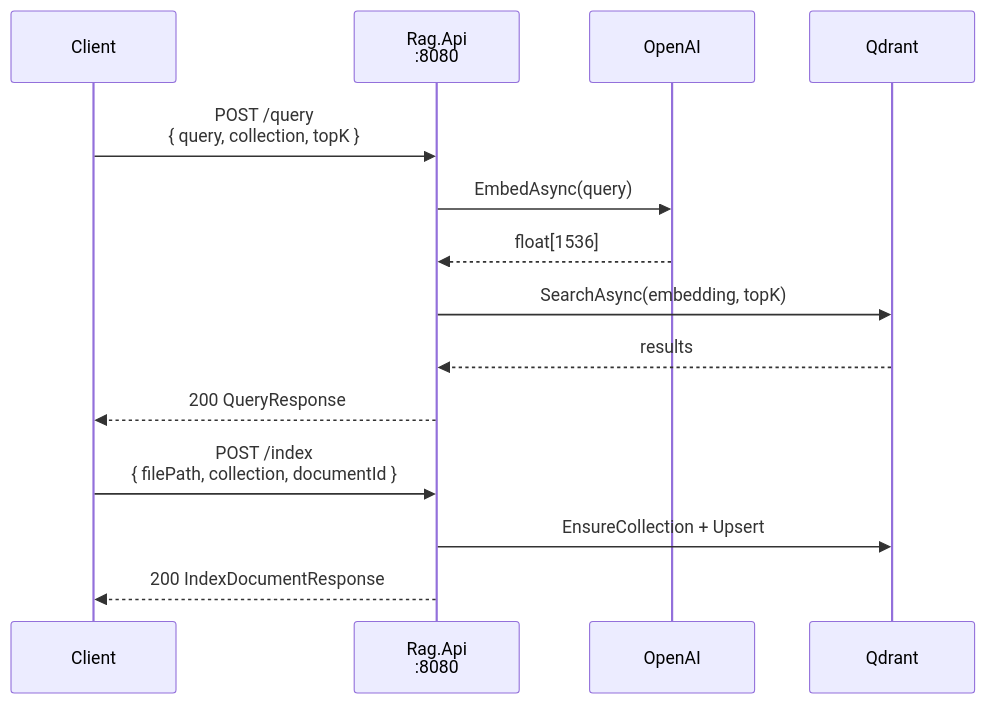
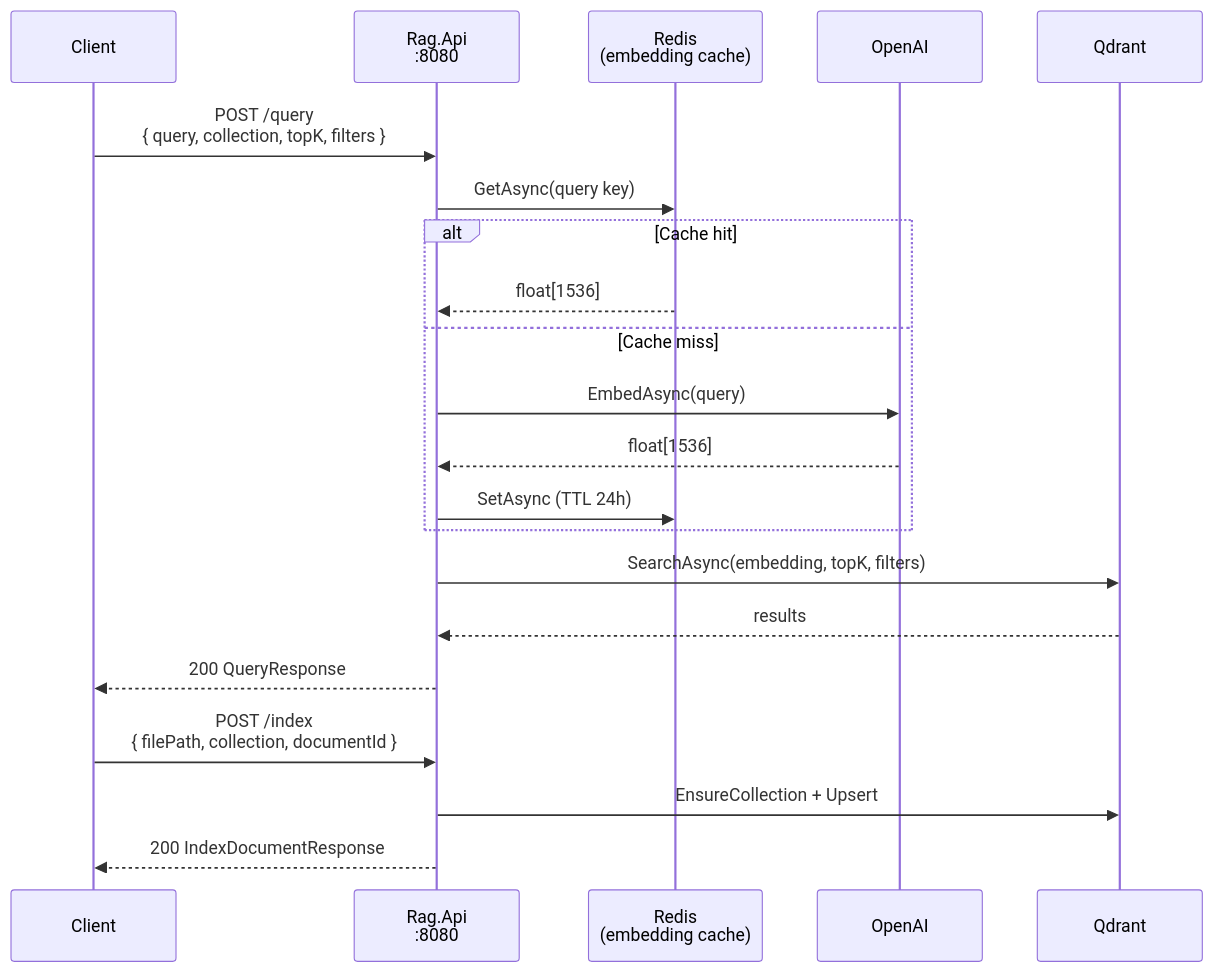
Before and after one commit to mustafagoktugibolar/RagService: the third of 3 diagrams in README.md, drawn with Mermaid. The commit also changed other lines of this file and 14 other files, not shown here.

Commit message:
explicit Qdrant HTTP port, Redis Docker host, native payload filtering, parallel cache writes, requeue on circuit open

````diff
--- a/README.md
+++ b/README.md
@@ -74,18 +92,25 @@
 ```mermaid
 sequenceDiagram
     participant C as Client
     participant API as Rag.Api<br/>:8080
+    participant RD as Redis<br/>(embedding cache)
     participant OAI as OpenAI
     participant QD as Qdrant
 
-    C->>API: POST /query<br/>{ query, collection, topK }
-    API->>OAI: EmbedAsync(query)
-    OAI-->>API: float[1536]
-    API->>QD: SearchAsync(embedding, topK)
+    C->>API: POST /query<br/>{ query, collection, topK, filters }
+    API->>RD: GetAsync(query key)
+    alt Cache hit
+        RD-->>API: float[1536]
+    else Cache miss
+        API->>OAI: EmbedAsync(query)
+        OAI-->>API: float[1536]
+        API->>RD: SetAsync (TTL 24h)
+    end
+    API->>QD: SearchAsync(embedding, topK, filters)
     QD-->>API: results
     API-->>C: 200 QueryResponse
 
     C->>API: POST /index<br/>{ filePath, collection, documentId }
     API->>QD: EnsureCollection + Upsert
     API-->>C: 200 IndexDocumentResponse
 ```
````
